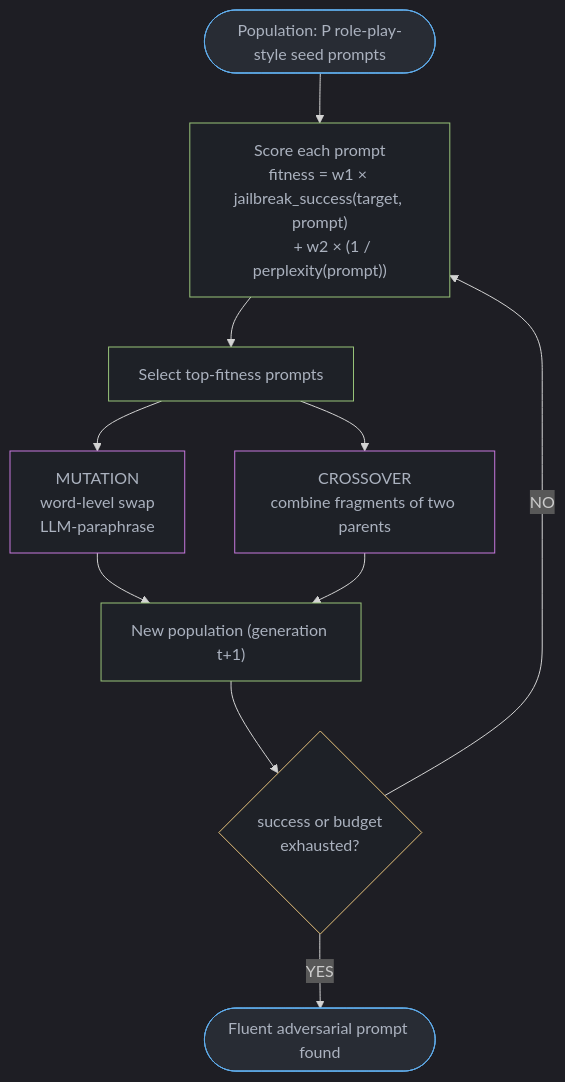
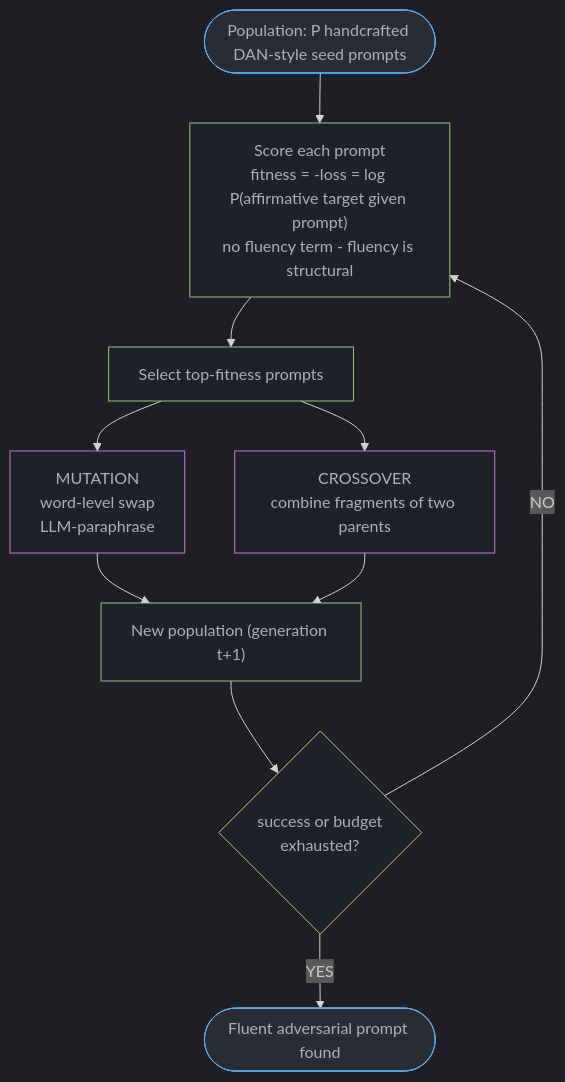
Before and after one commit to rppol/system-design: the second of 5 diagrams in src/main/java/com/rutik/systemdesign/llm/safety_and_alignment/automated_jailbreak_algorithms.md, drawn with Mermaid. The commit also changed other lines of this file and 42 other files, not shown here.

````diff
--- a/src/main/java/com/rutik/systemdesign/llm/safety_and_alignment/automated_jailbreak_algorithms.md
+++ b/src/main/java/com/rutik/systemdesign/llm/safety_and_alignment/automated_jailbreak_algorithms.md
@@ -311,23 +318,23 @@
 ```mermaid
 %%{init: {'flowchart': {'curve': 'basis'}, 'theme': 'dark'}}%%
 flowchart TD
-    Pop(["Population: P role-play-style seed prompts"]) --> Score
-    Score["Score each prompt\nfitness = w1 × jailbreak_success(target, prompt)\n       + w2 × (1 / perplexity(prompt))"] --> Select
+    Pop(["Population: P handcrafted DAN-style seed prompts"]) --> Score
+    Score["Score each prompt\nfitness = -loss = log P(affirmative target given prompt)\nno fluency term - fluency is structural"] --> Select
     Select["Select top-fitness prompts"] --> Mutate & Cross
     Mutate["MUTATION\nword-level swap\nLLM-paraphrase"] --> NewPop
     Cross["CROSSOVER\ncombine fragments of two parents"] --> NewPop
     NewPop["New population (generation t+1)"] --> Done{"success or budget\nexhausted?"}
     Done -- NO --> Score
     Done -- YES --> Out([Fluent adversarial prompt found])
 
     classDef io     fill:#282c34,stroke:#61afef,color:#abb2bf
     classDef proc   fill:#1e2127,stroke:#98c379,color:#abb2bf
     classDef llm    fill:#1e2127,stroke:#c678dd,color:#abb2bf
     classDef decide fill:#1e2127,stroke:#e5c07b,color:#abb2bf
 
     class Pop,Out io
     class Score,Select proc
     class Mutate,Cross llm
     class NewPop proc
     class Done decide
 ```
````
